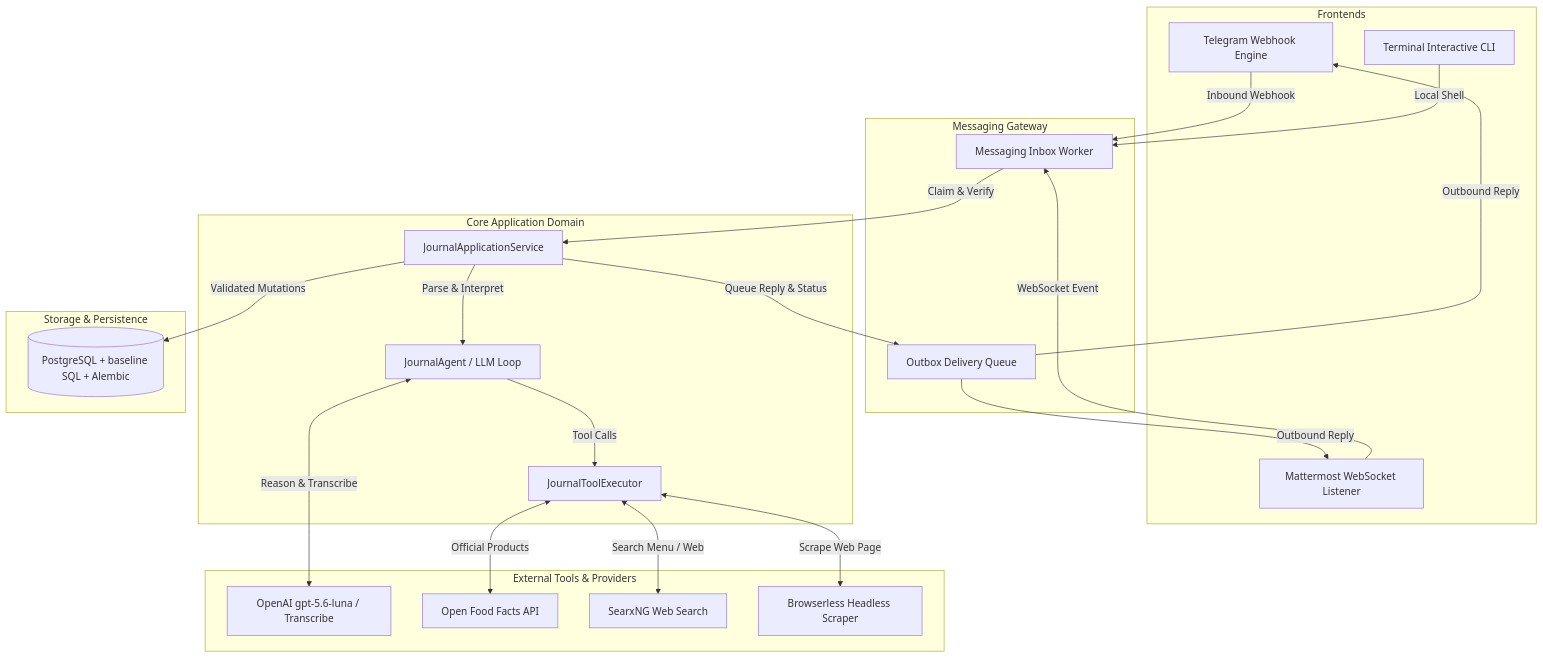
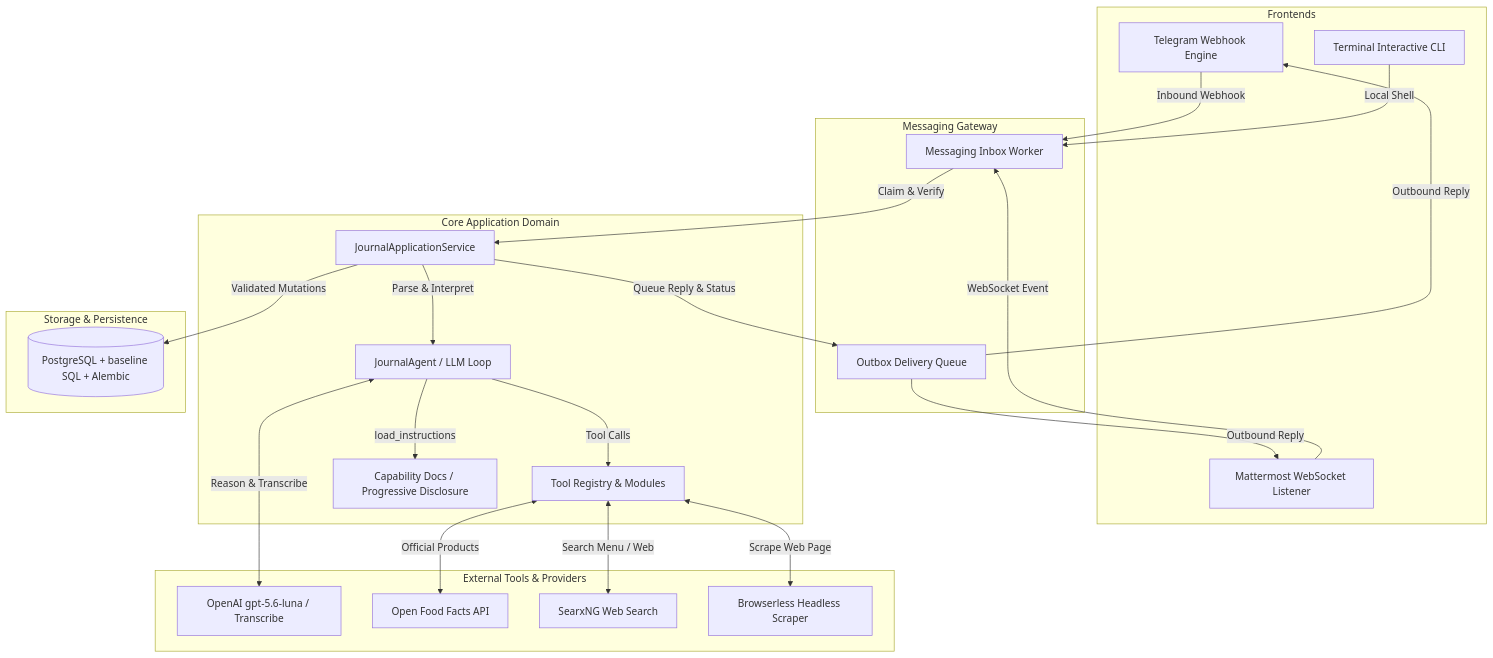
Before and after one commit to DurdeuVlad/calorie-intake-tracker-ai-bot: the diagram in docs/architecture.md, drawn with Mermaid. The commit also changed other lines of this file and 47 other files, not shown here.

````diff
--- a/docs/architecture.md
+++ b/docs/architecture.md
@@ -5,49 +5,51 @@
 ```mermaid
 flowchart TD
     subgraph Frontends
         T[Telegram Webhook Engine]
         M[Mattermost WebSocket Listener]
         CLI[Terminal Interactive CLI]
     end
 
     subgraph Messaging Gateway
         I[Messaging Inbox Worker]
         OB[Outbox Delivery Queue]
     end
 
     subgraph Core Application Domain
         AS[JournalApplicationService]
         JA[JournalAgent / LLM Loop]
-        JTE[JournalToolExecutor]
+        TR[Tool Registry & Modules]
+        CAP[Capability Docs / Progressive Disclosure]
     end
 
     subgraph External Tools & Providers
         OAI[OpenAI gpt-5.6-luna / Transcribe]
         OFF[Open Food Facts API]
         SX[SearxNG Web Search]
         BL[Browserless Headless Scraper]
     end
 
     subgraph Storage & Persistence
         DB[(PostgreSQL + baseline SQL + Alembic)]
     end
 
     T -->|Inbound Webhook| I
     M -->|WebSocket Event| I
     CLI -->|Local Shell| I
 
     I -->|Claim & Verify| AS
     AS -->|Parse & Interpret| JA
     JA <-->|Reason & Transcribe| OAI
 
-    JA -->|Tool Calls| JTE
-    JTE <-->|Official Products| OFF
-    JTE <-->|Search Menu / Web| SX
-    JTE <-->|Scrape Web Page| BL
+    JA -->|Tool Calls| TR
+    JA -->|load_instructions| CAP
+    TR <-->|Official Products| OFF
+    TR <-->|Search Menu / Web| SX
+    TR <-->|Scrape Web Page| BL
 
     AS -->|Validated Mutations| DB
     AS -->|Queue Reply & Status| OB
 
     OB -->|Outbound Reply| T
     OB -->|Outbound Reply| M
 ```
````
